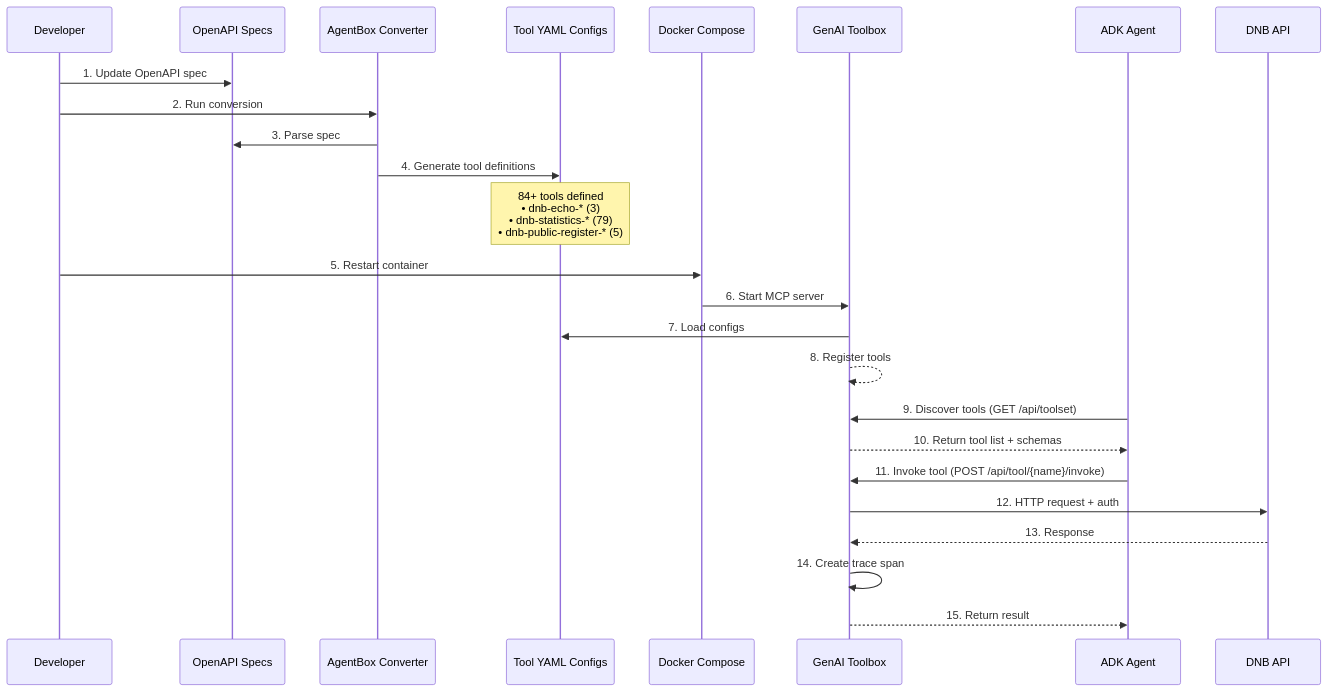
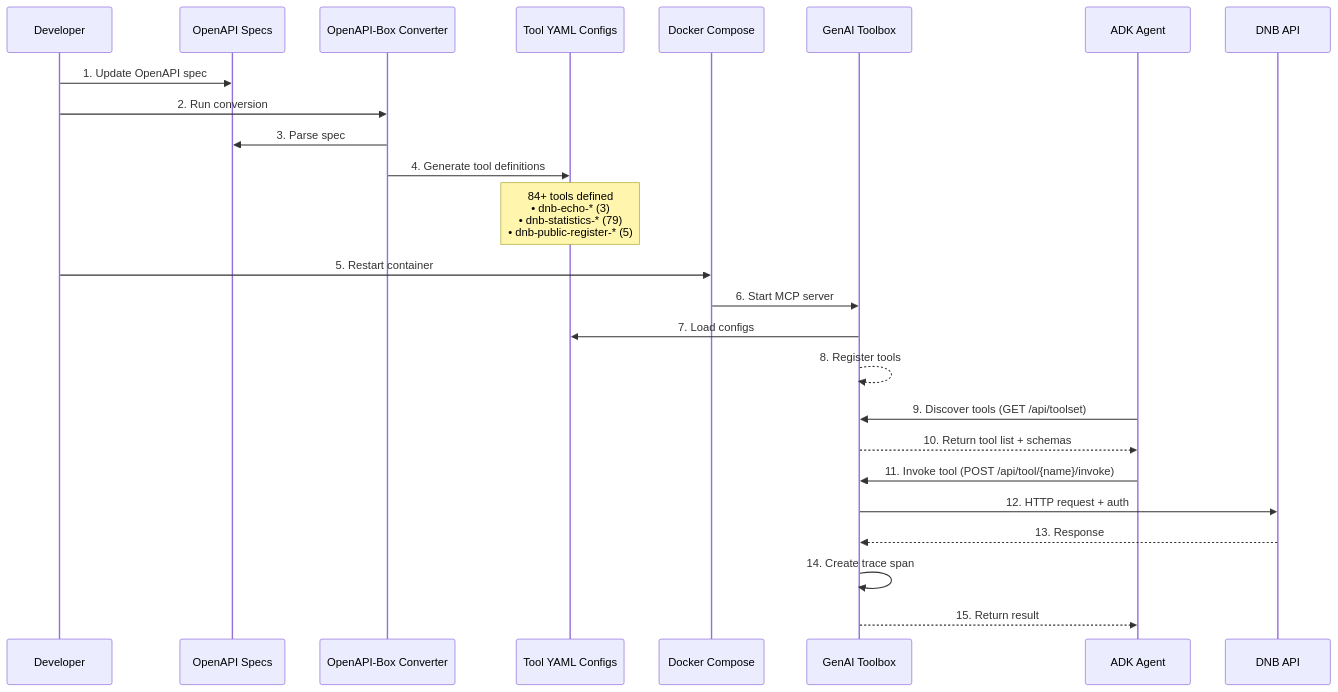
The fourth of 13 diagrams in backend/ARCHITECTURE_MERMAID.md (Px8Studio/adk-python), drawn with Mermaid before and after one commit. The commit also changed other lines of this file and 4 other files, not shown here.

Commit message:
feat: Update documentation for multi-agent system and OpenAPI conversion tools

````diff
--- a/backend/ARCHITECTURE_MERMAID.md
+++ b/backend/ARCHITECTURE_MERMAID.md
@@ -243,31 +245,31 @@
 ```mermaid
 sequenceDiagram
     participant Dev as Developer
     participant Spec as OpenAPI Specs
-    participant AgentBox as AgentBox Converter
+    participant OpenAPIBox as OpenAPI-Box Converter
     participant YAML as Tool YAML Configs
     participant Docker as Docker Compose
     participant Toolbox as GenAI Toolbox
     participant Agent as ADK Agent
     participant API as DNB API
 
     Dev->>Spec: 1. Update OpenAPI spec
-    Dev->>AgentBox: 2. Run conversion
-    AgentBox->>Spec: 3. Parse spec
-    AgentBox->>YAML: 4. Generate tool definitions
+    Dev->>OpenAPIBox: 2. Run conversion
+    OpenAPIBox->>Spec: 3. Parse spec
+    OpenAPIBox->>YAML: 4. Generate tool definitions
     Note over YAML: 84+ tools defined<br/>• dnb-echo-* (3)<br/>• dnb-statistics-* (79)<br/>• dnb-public-register-* (5)
     
     Dev->>Docker: 5. Restart container
     Docker->>Toolbox: 6. Start MCP server
     Toolbox->>YAML: 7. Load configs
     Toolbox-->>Toolbox: 8. Register tools
     
     Agent->>Toolbox: 9. Discover tools (GET /api/toolset)
     Toolbox-->>Agent: 10. Return tool list + schemas
     
     Agent->>Toolbox: 11. Invoke tool (POST /api/tool/{name}/invoke)
     Toolbox->>API: 12. HTTP request + auth
     API-->>Toolbox: 13. Response
     Toolbox->>Toolbox: 14. Create trace span
     Toolbox-->>Agent: 15. Return result
 ```
````
